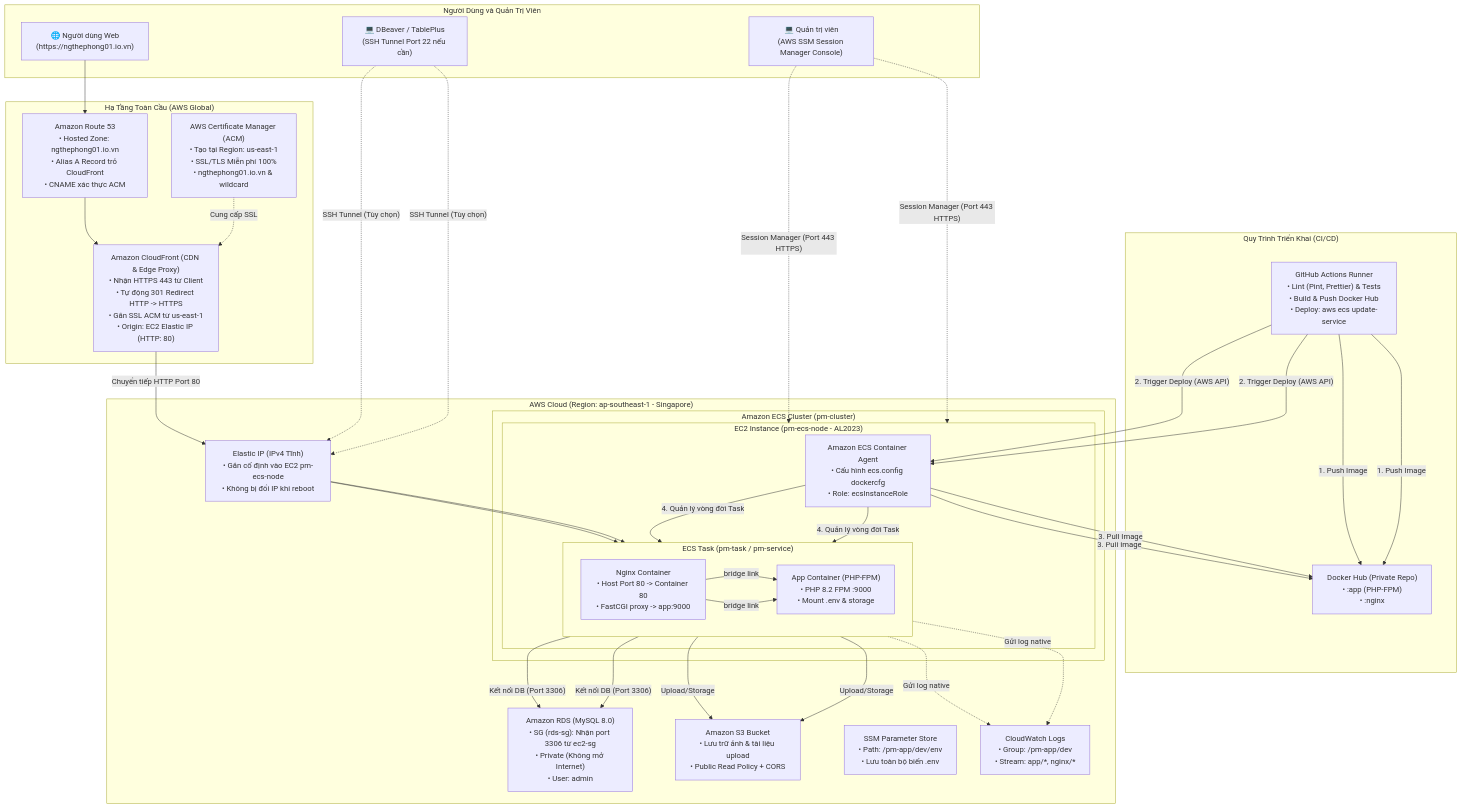
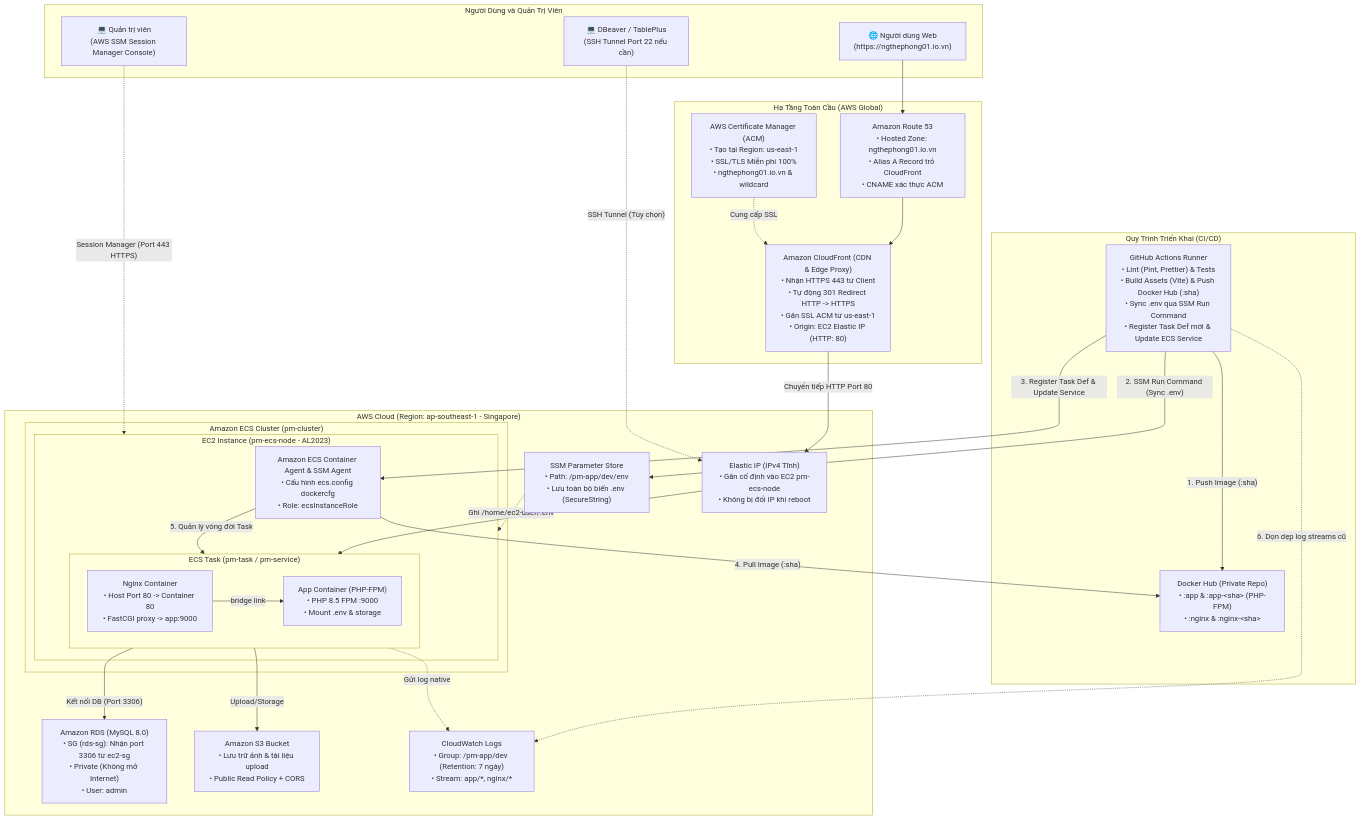
Before and after one commit to NgThePhong0608/project-management: the diagram in AWS_SETUP_GUIDE.md, drawn with Mermaid. The commit also changed other lines of this file and 55 other files, not shown here.

````diff
--- a/AWS_SETUP_GUIDE.md
+++ b/AWS_SETUP_GUIDE.md
@@ -11,8 +10,6 @@
 flowchart TD
     subgraph ClientAndUsers ["Người Dùng và Quản Trị Viên"]
         User["🌐 Người dùng Web<br/>(https://ngthephong01.io.vn)"]
-        DevSSM["💻 Quản trị viên<br/>(AWS SSM Session Manager Console)"]
-        DevSSH["💻 DBeaver / TablePlus<br/>(SSH Tunnel Port 22 nếu cần)"]
         DevSSM["💻 Quản trị viên<br/>(AWS SSM Session Manager Console)"]
         DevSSH["💻 DBeaver / TablePlus<br/>(SSH Tunnel Port 22 nếu cần)"]
     end
@@ -24,37 +21,21 @@
     end
 
     subgraph CI_CD ["Quy Trình Triển Khai (CI/CD)"]
-        Git["GitHub Actions Runner<br/>• Lint (Pint, Prettier) & Tests<br/>• Build & Push Docker Hub<br/>• Deploy: aws ecs update-service"]
-        Git["GitHub Actions Runner<br/>• Lint (Pint, Prettier) & Tests<br/>• Build & Push Docker Hub<br/>• Deploy: aws ecs update-service"]
-        DHub["Docker Hub (Private Repo)<br/>• :app (PHP-FPM)<br/>• :nginx"]
+        Git["GitHub Actions Runner<br/>• Lint (Pint, Prettier) & Tests<br/>• Build Assets (Vite) & Push Docker Hub (:sha)<br/>• Sync .env qua SSM Run Command<br/>• Register Task Def mới & Update ECS Service"]
+        DHub["Docker Hub (Private Repo)<br/>• :app & :app-&lt;sha&gt; (PHP-FPM)<br/>• :nginx & :nginx-&lt;sha&gt;"]
     end
 
     subgraph AWS_VPC ["AWS Cloud (Region: ap-southeast-1 - Singapore)"]
         EIP["Elastic IP (IPv4 Tĩnh)<br/>• Gắn cố định vào EC2 pm-ecs-node<br/>• Không bị đổi IP khi reboot"]
-        EIP["Elastic IP (IPv4 Tĩnh)<br/>• Gắn cố định vào EC2 pm-ecs-node<br/>• Không bị đổi IP khi reboot"]
 
         subgraph ECS_Cluster ["Amazon ECS Cluster (pm-cluster)"]
             subgraph EC2_Node ["EC2 Instance (pm-ecs-node - AL2023)"]
-                Agent["Amazon ECS Container Agent<br/>• Cấu hình ecs.config dockercfg<br/>• Role: ecsInstanceRole"]
+                Agent["Amazon ECS Container Agent & SSM Agent<br/>• Cấu hình ecs.config dockercfg<br/>• Role: ecsInstanceRole"]
                 
                 subgraph Task ["ECS Task (pm-task / pm-service)"]
                     direction LR
                     Nginx["Nginx Container<br/>• Host Port 80 -> Container 80<br/>• FastCGI proxy -> app:9000"]
-                    App["App Container (PHP-FPM)<br/>• PHP 8.2 FPM :9000<br/>• Mount .env & storage"]
-                    Nginx -->|"bridge link"| App
-                end
-            end
-        end
-
-        RDS["Amazon RDS (MySQL 8.0)<br/>• SG (rds-sg): Nhận port 3306 từ ec2-sg<br/>• Private (Không mở Internet)<br/>• User: admin"]
-        subgraph ECS_Cluster ["Amazon ECS Cluster (pm-cluster)"]
-            subgraph EC2_Node ["EC2 Instance (pm-ecs-node - AL2023)"]
-                Agent["Amazon ECS Container Agent<br/>• Cấu hình ecs.config dockercfg<br/>• Role: ecsInstanceRole"]
-                
-                subgraph Task ["ECS Task (pm-task / pm-service)"]
-                    direction LR
-                    Nginx["Nginx Container<br/>• Host Port 80 -> Container 80<br/>• FastCGI proxy -> app:9000"]
-                    App["App Container (PHP-FPM)<br/>• PHP 8.2 FPM :9000<br/>• Mount .env & storage"]
+                    App["App Container (PHP-FPM)<br/>• PHP 8.5 FPM :9000<br/>• Mount .env & storage"]
                     Nginx -->|"bridge link"| App
                 end
             end
@@ -62,9 +43,8 @@
 
         RDS["Amazon RDS (MySQL 8.0)<br/>• SG (rds-sg): Nhận port 3306 từ ec2-sg<br/>• Private (Không mở Internet)<br/>• User: admin"]
         S3["Amazon S3 Bucket<br/>• Lưu trữ ảnh & tài liệu upload<br/>• Public Read Policy + CORS"]
-        SSM["SSM Parameter Store<br/>• Path: /pm-app/dev/env<br/>• Lưu toàn bộ biến .env"]
-        CW["CloudWatch Logs<br/>• Group: /pm-app/dev<br/>• Stream: app/*, nginx/*"]
-        CW["CloudWatch Logs<br/>• Group: /pm-app/dev<br/>• Stream: app/*, nginx/*"]
+        SSM["SSM Parameter Store<br/>• Path: /pm-app/dev/env<br/>• Lưu toàn bộ biến .env (SecureString)"]
+        CW["CloudWatch Logs<br/>• Group: /pm-app/dev (Retention: 7 ngày)<br/>• Stream: app/*, nginx/*"]
     end
 
     User --> R53
@@ -72,26 +52,18 @@
     ACM -.->|"Cung cấp SSL"| CF
     CF -->|"Chuyển tiếp HTTP Port 80"| EIP
     EIP --> Nginx
-    EIP --> Nginx
 
-    Git -->|"1. Push Image"| DHub
-    Git -->|"2. Trigger Deploy (AWS API)"| Agent
-    Agent -->|"3. Pull Image"| DHub
-    Agent -->|"4. Quản lý vòng đời Task"| Task
+    Git -->|"1. Push Image (:sha)"| DHub
+    Git -->|"2. SSM Run Command (Sync .env)"| SSM
+    SSM -.->|"Ghi /home/ec2-user/.env"| EC2_Node
+    Git -->|"3. Register Task Def & Update Service"| Agent
+    Agent -->|"4. Pull Image (:sha)"| DHub
+    Agent -->|"5. Quản lý vòng đời Task"| Task
 
     App -->|"Kết nối DB (Port 3306)"| RDS
     App -->|"Upload/Storage"| S3
     Task -.->|"Gửi log native"| CW
-    DevSSM -.->|"Session Manager (Port 443 HTTPS)"| EC2_Node
-    DevSSH -.->|"SSH Tunnel (Tùy chọn)"| EIP
-    Git -->|"1. Push Image"| DHub
-    Git -->|"2. Trigger Deploy (AWS API)"| Agent
-    Agent -->|"3. Pull Image"| DHub
-    Agent -->|"4. Quản lý vòng đời Task"| Task
-
-    App -->|"Kết nối DB (Port 3306)"| RDS
-    App -->|"Upload/Storage"| S3
-    Task -.->|"Gửi log native"| CW
+    Git -.->|"6. Dọn dẹp log streams cũ"| CW
     DevSSM -.->|"Session Manager (Port 443 HTTPS)"| EC2_Node
     DevSSH -.->|"SSH Tunnel (Tùy chọn)"| EIP
 ```
````
